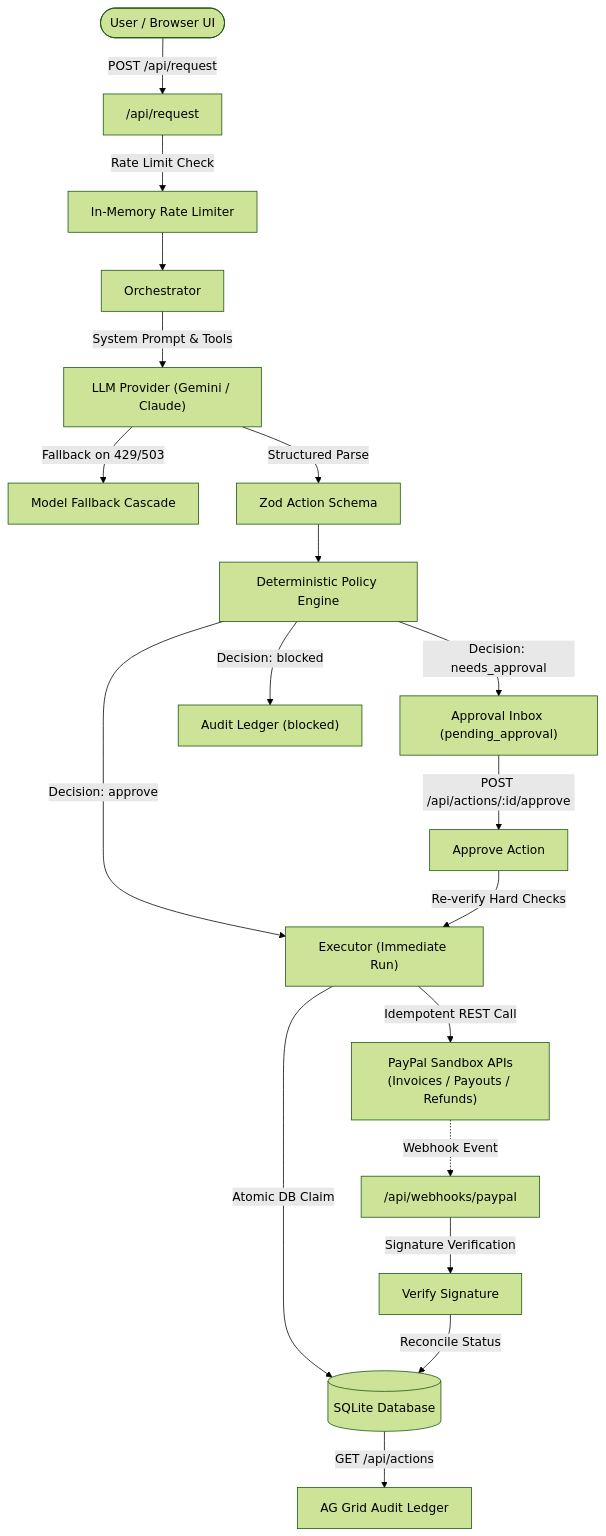
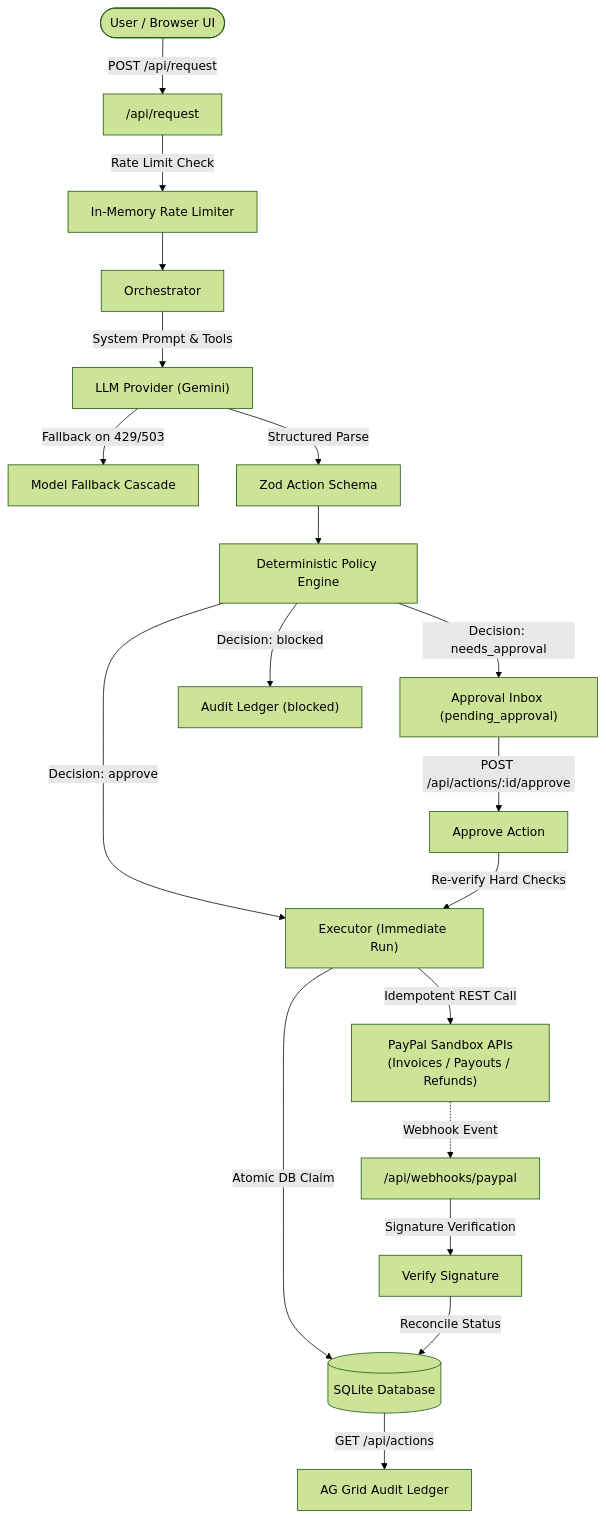
One commit to itskavyansh/leash changed the diagram in README.md. Above: the diagram before and after it, drawn with Mermaid (forest theme). The commit also changed other lines of this file and 8 other files, not shown here.

````diff
--- a/README.md
+++ b/README.md
@@ -48,26 +48,26 @@
 ```mermaid
 flowchart TD
     User([User / Browser UI]) -->|POST /api/request| APIRequest["/api/request"]
     APIRequest -->|Rate Limit Check| RateLimit["In-Memory Rate Limiter"]
     RateLimit --> Orchestrator["Orchestrator"]
-    Orchestrator -->|System Prompt & Tools| LLM["LLM Provider (Gemini / Claude)"]
+    Orchestrator -->|System Prompt & Tools| LLM["LLM Provider (Gemini)"]
     LLM -->|Fallback on 429/503| Fallback["Model Fallback Cascade"]
     LLM -->|Structured Parse| ZodParse["Zod Action Schema"]
     ZodParse --> PolicyEngine["Deterministic Policy Engine"]
     
     PolicyEngine -->|Decision: approve| AutoExec["Executor (Immediate Run)"]
     PolicyEngine -->|Decision: needs_approval| Inbox["Approval Inbox (pending_approval)"]
     PolicyEngine -->|Decision: blocked| Blocked["Audit Ledger (blocked)"]
     
     Inbox -->|POST /api/actions/:id/approve| ApproveRoute["Approve Action"]
     ApproveRoute -->|Re-verify Hard Checks| AutoExec
     
     AutoExec -->|Atomic DB Claim| SQLite[(SQLite Database)]
     AutoExec -->|Idempotent REST Call| PayPal["PayPal Sandbox APIs<br/>(Invoices / Payouts / Refunds)"]
     
     PayPal -.->|Webhook Event| WebhookRoute["/api/webhooks/paypal"]
     WebhookRoute -->|Signature Verification| WebhookVerify["Verify Signature"]
     WebhookVerify -->|Reconcile Status| SQLite
     
     SQLite -->|GET /api/actions| LedgerUI["AG Grid Audit Ledger"]
 ```
````
